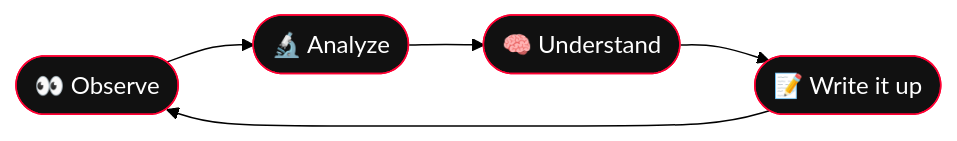
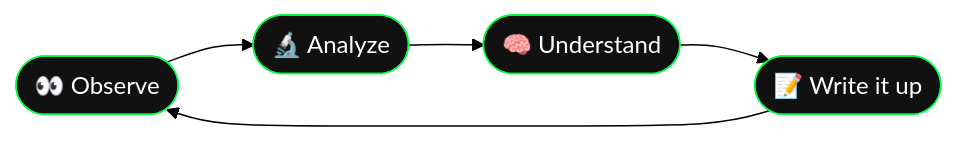
The diagram in README.md (null-byte0x/PHP-webshell-Defacing), drawn with Mermaid (forest theme) before and after one commit. The commit also changed other lines of this file, not shown here.

````diff
--- a/README.md
+++ b/README.md
@@ -72,11 +72,11 @@
 ```mermaid
 flowchart LR
     A([👀 Observe]) --> B([🔬 Analyze])
     B --> C([🧠 Understand])
     C --> D([📝 Write it up])
     D --> A
-    style A fill:#111,stroke:#ff0033,color:#fff
-    style B fill:#111,stroke:#ff0033,color:#fff
-    style C fill:#111,stroke:#ff0033,color:#fff
-    style D fill:#111,stroke:#ff0033,color:#fff
+    style A fill:#111,stroke:#00ff41,color:#fff
+    style B fill:#111,stroke:#00ff41,color:#fff
+    style C fill:#111,stroke:#00ff41,color:#fff
+    style D fill:#111,stroke:#00ff41,color:#fff
 ```
````
